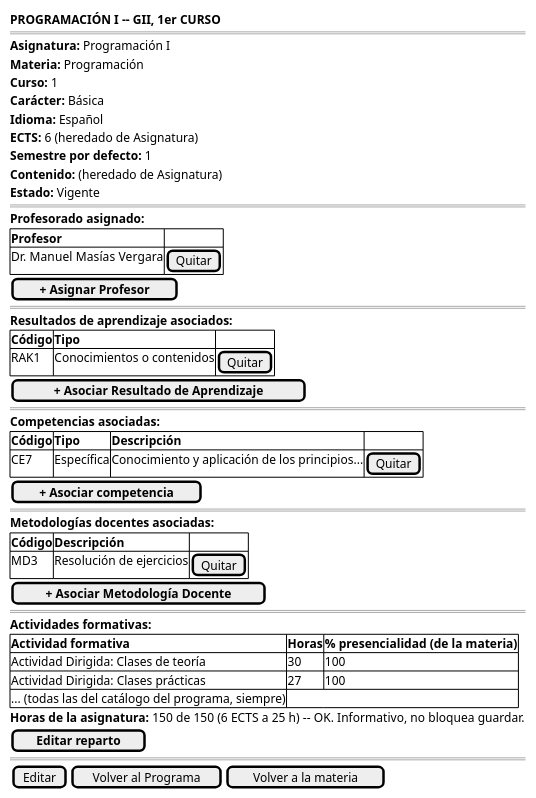
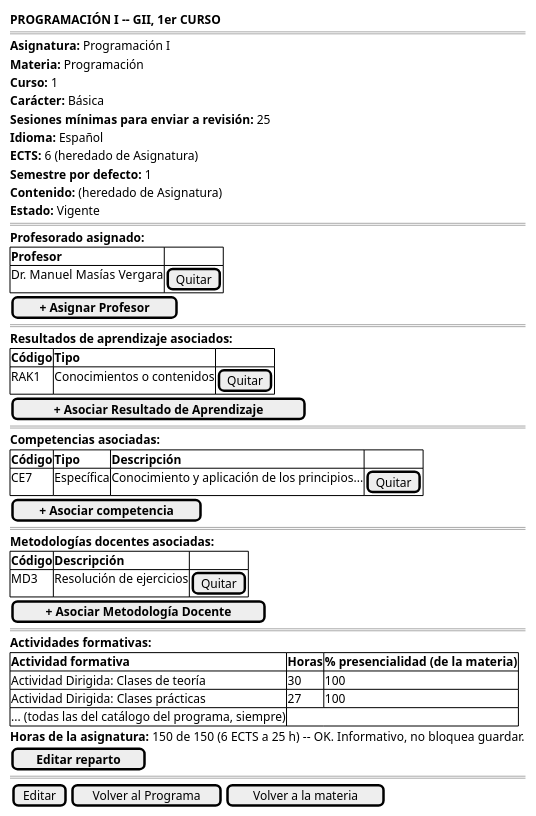
One commit to mmasias/pyCeldaPublico changed the diagram in RUP/01-requisitos/03-detalle-casos-uso/abrirAsignaturaPrograma/wireframes.puml. Above: the diagram before and after it, drawn with PlantUML. The commit also changed 55 other files, not shown here.

```diff
--- a/RUP/01-requisitos/03-detalle-casos-uso/abrirAsignaturaPrograma/wireframes.puml
+++ b/RUP/01-requisitos/03-detalle-casos-uso/abrirAsignaturaPrograma/wireframes.puml
@@ -1,55 +1,56 @@
 @startsalt abrirAsignaturaPrograma-wireframe
 {
     <b>PROGRAMACIÓN I -- GII, 1er CURSO</b>
     ====
     <b>Asignatura:</b> Programación I
     <b>Materia:</b> Programación
     <b>Curso:</b> 1
     <b>Carácter:</b> Básica
+    <b>Sesiones mínimas para enviar a revisión:</b> 25
     <b>Idioma:</b> Español
     <b>ECTS:</b> 6 (heredado de Asignatura)
     <b>Semestre por defecto:</b> 1
     <b>Contenido:</b> (heredado de Asignatura)
     <b>Estado:</b> Vigente
     ====
     <b>Profesorado asignado:</b>
     {#
         <b>Profesor | .
         Dr. Manuel Masías Vergara | [Quitar]
     }
     [ <b>+ Asignar Profesor</b> ]
     ====
     <b>Resultados de aprendizaje asociados:</b>
     {#
         <b>Código | <b>Tipo | .
         RAK1 | Conocimientos o contenidos | [Quitar]
     }
     [ <b>+ Asociar Resultado de Aprendizaje</b> ]
     ====
     <b>Competencias asociadas:</b>
     {#
         <b>Código | <b>Tipo | <b>Descripción | .
         CE7 | Específica | Conocimiento y aplicación de los principios... | [Quitar]
     }
     [ <b>+ Asociar competencia</b> ]
     ====
     <b>Metodologías docentes asociadas:</b>
     {#
         <b>Código | <b>Descripción | .
         MD3 | Resolución de ejercicios | [Quitar]
     }
     [ <b>+ Asociar Metodología Docente</b> ]
     ====
     <b>Actividades formativas:</b>
     {#
         <b>Actividad formativa | <b>Horas | <b>% presencialidad (de la materia)
         Actividad Dirigida: Clases de teoría | 30 | 100
         Actividad Dirigida: Clases prácticas | 27 | 100
         ... (todas las del catálogo del programa, siempre) | |
     }
     <b>Horas de la asignatura:</b> 150 de 150 (6 ECTS a 25 h) -- OK. Informativo, no bloquea guardar.
     [ <b>Editar reparto</b> ]
     ====
     {[Editar] | [Volver al Programa] | [Volver a la materia]}
 }
 @endsalt
```
